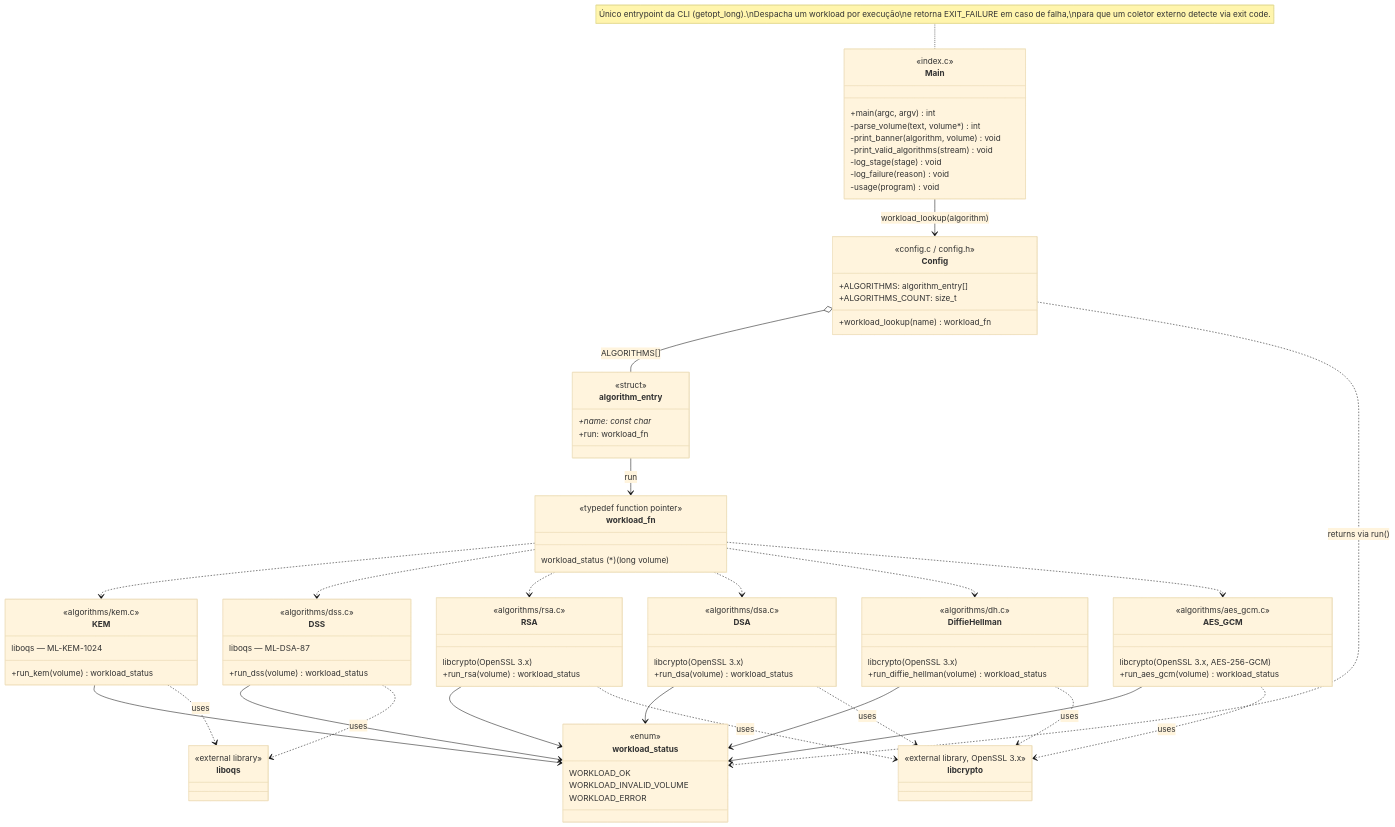
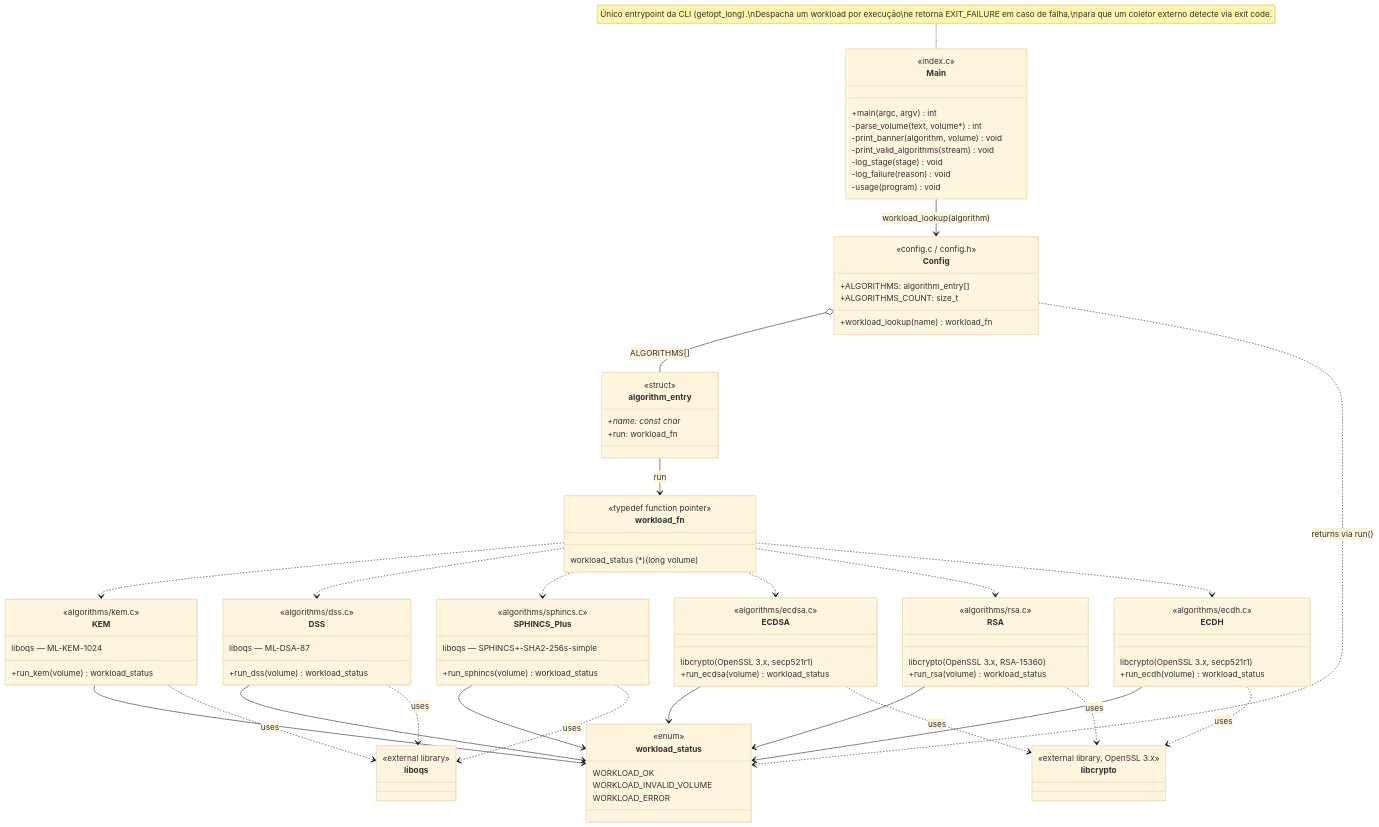
The diagram in docs/Diagrama_Classes.md (Sl3nc/TI_Cript-Quantum), drawn with Mermaid (base theme) before and after one commit.

````diff
--- a/docs/Diagrama_Classes.md
+++ b/docs/Diagrama_Classes.md
@@ -48,28 +48,28 @@
         +run_dss(volume) workload_status
     }
 
+    class SPHINCS_Plus {
+        <<algorithms/sphincs.c>>
+        liboqs — SPHINCS+-SHA2-256s-simple
+        +run_sphincs(volume) workload_status
+    }
+
     class RSA {
         <<algorithms/rsa.c>>
-        libcrypto (OpenSSL 3.x)
+        libcrypto (OpenSSL 3.x, RSA-15360)
         +run_rsa(volume) workload_status
     }
 
-    class DSA {
-        <<algorithms/dsa.c>>
-        libcrypto (OpenSSL 3.x)
-        +run_dsa(volume) workload_status
+    class ECDSA {
+        <<algorithms/ecdsa.c>>
+        libcrypto (OpenSSL 3.x, secp521r1)
+        +run_ecdsa(volume) workload_status
     }
 
-    class DiffieHellman {
-        <<algorithms/dh.c>>
-        libcrypto (OpenSSL 3.x)
-        +run_diffie_hellman(volume) workload_status
-    }
-
-    class AES_GCM {
-        <<algorithms/aes_gcm.c>>
-        libcrypto (OpenSSL 3.x, AES-256-GCM)
-        +run_aes_gcm(volume) workload_status
+    class ECDH {
+        <<algorithms/ecdh.c>>
+        libcrypto (OpenSSL 3.x, secp521r1)
+        +run_ecdh(volume) workload_status
     }
 
     class liboqs {
@@ -87,24 +87,24 @@
 
     workload_fn ..> KEM
     workload_fn ..> DSS
+    workload_fn ..> SPHINCS_Plus
+    workload_fn ..> ECDSA
     workload_fn ..> RSA
-    workload_fn ..> DSA
-    workload_fn ..> DiffieHellman
-    workload_fn ..> AES_GCM
+    workload_fn ..> ECDH
 
     KEM --> workload_status
     DSS --> workload_status
+    SPHINCS_Plus --> workload_status
+    ECDSA --> workload_status
     RSA --> workload_status
-    DSA --> workload_status
-    DiffieHellman --> workload_status
-    AES_GCM --> workload_status
+    ECDH --> workload_status
 
     KEM ..> liboqs : uses
     DSS ..> liboqs : uses
+    SPHINCS_Plus ..> liboqs : uses
+    ECDSA ..> libcrypto : uses
     RSA ..> libcrypto : uses
-    DSA ..> libcrypto : uses
-    DiffieHellman ..> libcrypto : uses
-    AES_GCM ..> libcrypto : uses
+    ECDH ..> libcrypto : uses
 
     note for Main "Único entrypoint da CLI (getopt_long).\nDespacha um workload por execução\ne retorna EXIT_FAILURE em caso de falha,\npara que um coletor externo detecte via exit code."
 ```
````
